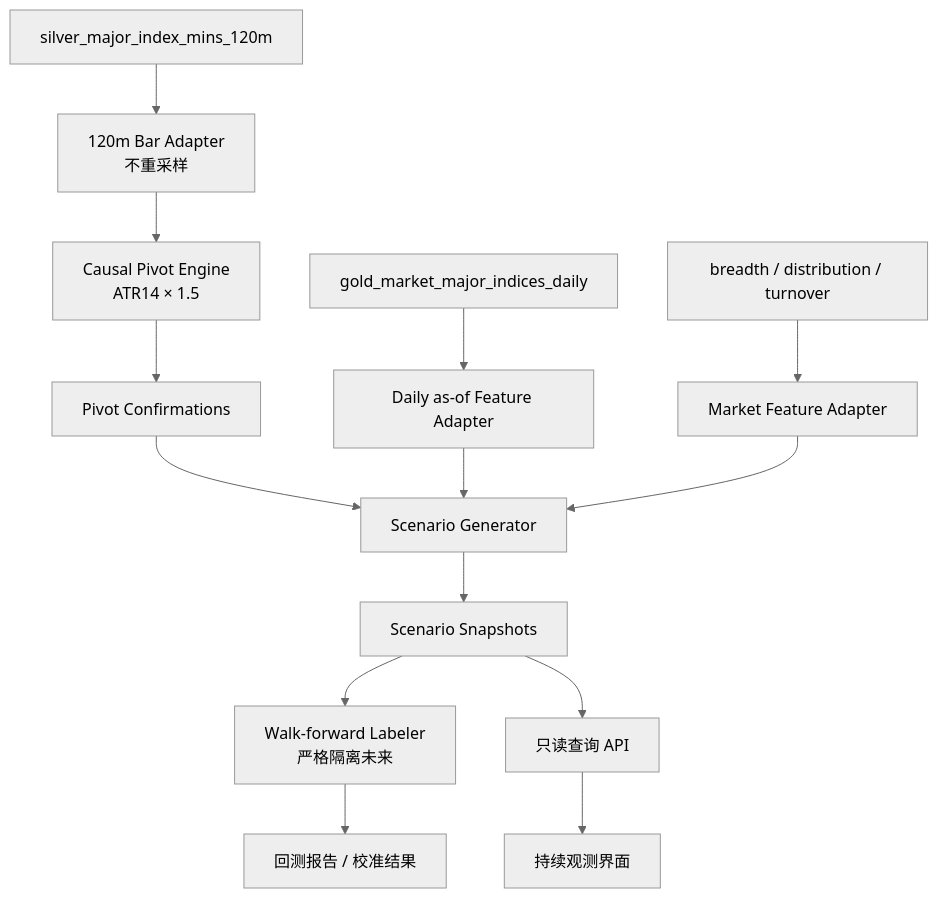
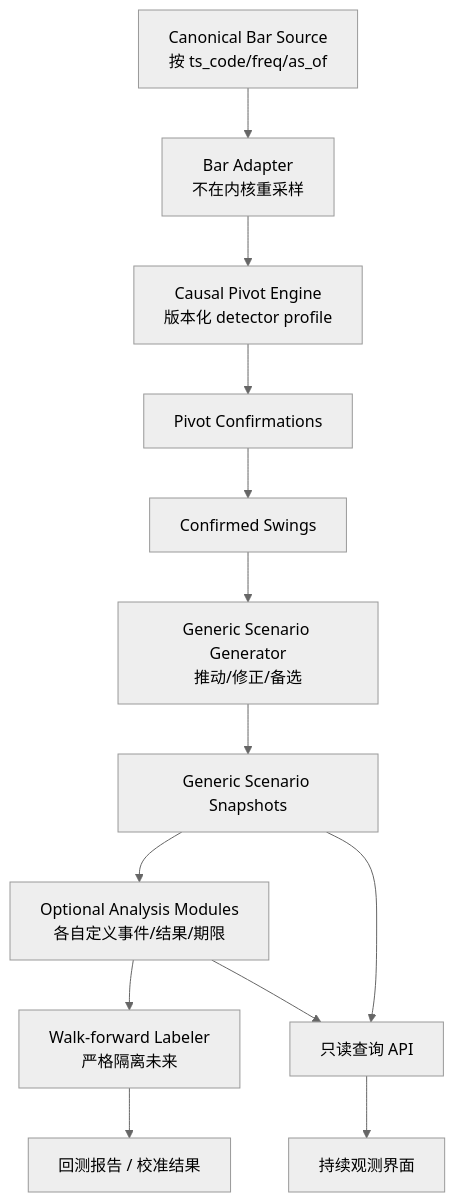
One commit to chiuser/goldenshare changed the second of 3 diagrams in lake_console/docs/design/elliott-wave-source-study-and-goldenshare-adaptation-audit-v1.md. Above: the diagram before and after it, drawn with Mermaid (neutral theme). The commit also changed other lines of this file and 3 other files, not shown here.

````diff
--- a/lake_console/docs/design/elliott-wave-source-study-and-goldenshare-adaptation-audit-v1.md
+++ b/lake_console/docs/design/elliott-wave-source-study-and-goldenshare-adaptation-audit-v1.md
@@ -903,16 +915,15 @@
 ```mermaid
 flowchart TB
-    M120["silver_major_index_mins_120m"] --> AD["120m Bar Adapter<br/>不重采样"]
-    D1["gold_market_major_indices_daily"] --> DF["Daily as-of Feature Adapter"]
-    BR["breadth / distribution / turnover"] --> MF["Market Feature Adapter"]
-    AD --> PE["Causal Pivot Engine<br/>ATR14 × 1.5"]
+    BARS["Canonical Bar Source<br/>按 ts_code/freq/as_of"] --> AD["Bar Adapter<br/>不在内核重采样"]
+    AD --> PE["Causal Pivot Engine<br/>版本化 detector profile"]
     PE --> PC["Pivot Confirmations"]
-    PC --> SG["Scenario Generator"]
-    DF --> SG
-    MF --> SG
-    SG --> SS["Scenario Snapshots"]
-    SS --> BT["Walk-forward Labeler<br/>严格隔离未来"]
+    PC --> SW["Confirmed Swings"]
+    SW --> SG["Generic Scenario Generator<br/>推动/修正/备选"]
+    SG --> SS["Generic Scenario Snapshots"]
+    SS --> MOD["Optional Analysis Modules<br/>各自定义事件/结果/期限"]
+    MOD --> BT["Walk-forward Labeler<br/>严格隔离未来"]
     SS --> API["只读查询 API"]
+    MOD --> API
     API --> UI["持续观测界面"]
     BT --> REP["回测报告 / 校准结果"]
 ```
````
